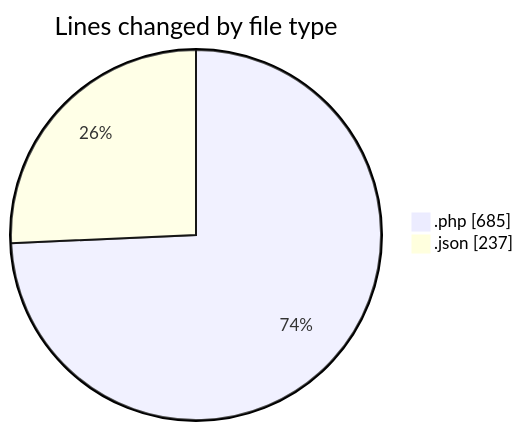
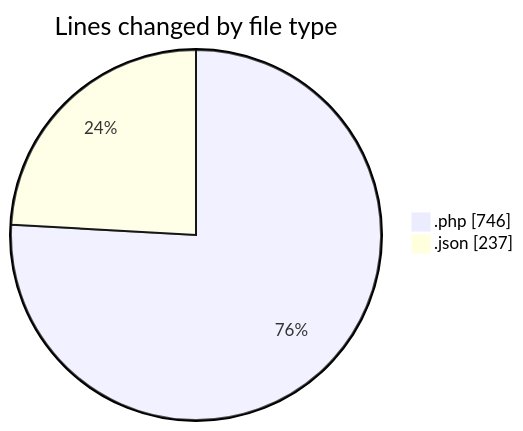
One commit to idhammustaqopulfikri/code-tracking changed the first of 2 diagrams in 2025-05-28/studio-backend/README.md. Above: the diagram before and after it, drawn with Mermaid. The commit also changed other lines of this file and 1 other file, not shown here.

````diff
--- a/2025-05-28/studio-backend/README.md
+++ b/2025-05-28/studio-backend/README.md
@@ -35,6 +36,6 @@
 ```mermaid
 pie showData
 title Lines changed by file type
-".php" : 685
+".php" : 746
 ".json" : 237
 ```
````
